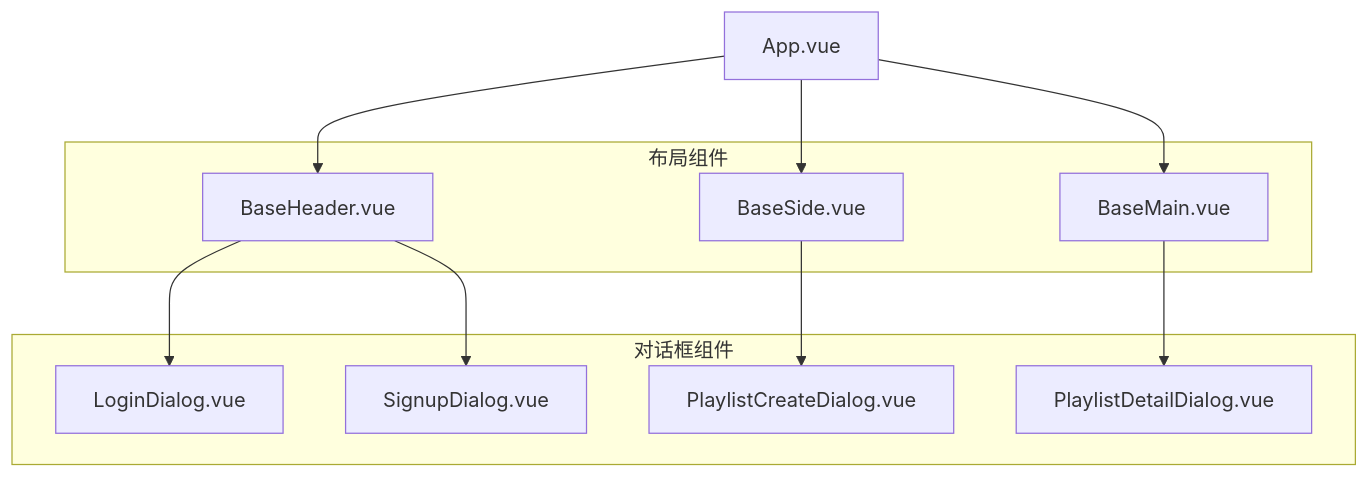
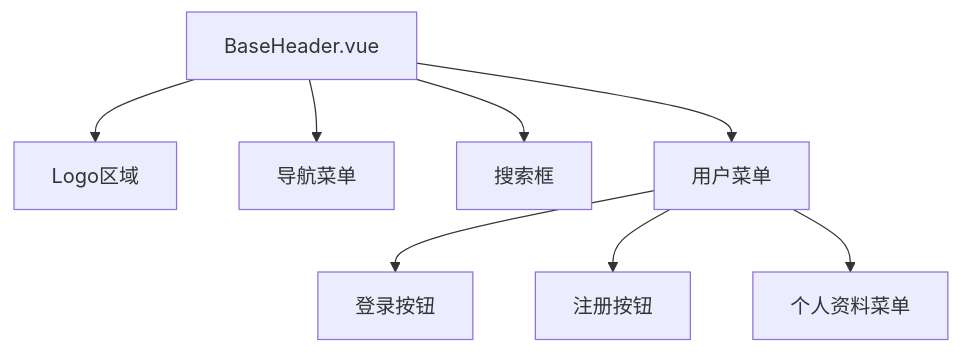
One commit to SOV710/RhythmFusion changed the second of 7 diagrams in docs/frontend/components.md. Above: the diagram before and after it, drawn with Mermaid. The commit also changed other lines of this file and 24 other files, not shown here.

````diff
--- a/docs/frontend/components.md
+++ b/docs/frontend/components.md
@@ -9,26 +42,10 @@
 ```mermaid
 graph TD
-    App[App.vue] --> BaseHeader[BaseHeader.vue]
-    App --> BaseSide[BaseSide.vue]
-    App --> BaseMain[BaseMain.vue]
-    
-    BaseHeader --> LoginDialog[LoginDialog.vue]
-    BaseHeader --> SignupDialog[SignupDialog.vue]
-    
-    BaseSide --> PlaylistCreateDialog[PlaylistCreateDialog.vue]
-    
-    BaseMain --> PlaylistDetailDialog[PlaylistDetailDialog.vue]
-    
-    subgraph "对话框组件"
-    LoginDialog
-    SignupDialog
-    PlaylistCreateDialog
-    PlaylistDetailDialog
-    end
-    
-    subgraph "布局组件"
-    BaseHeader
-    BaseSide
-    BaseMain
-    end
+    BaseHeader[BaseHeader.vue] --> Logo[Logo区域]
+    BaseHeader --> Navigation[导航菜单]
+    BaseHeader --> Search[搜索框]
+    BaseHeader --> UserMenu[用户菜单]
+    UserMenu --> Login[登录按钮]
+    UserMenu --> Signup[注册按钮]
+    UserMenu --> ProfileMenu[个人资料菜单]
 ```
````
